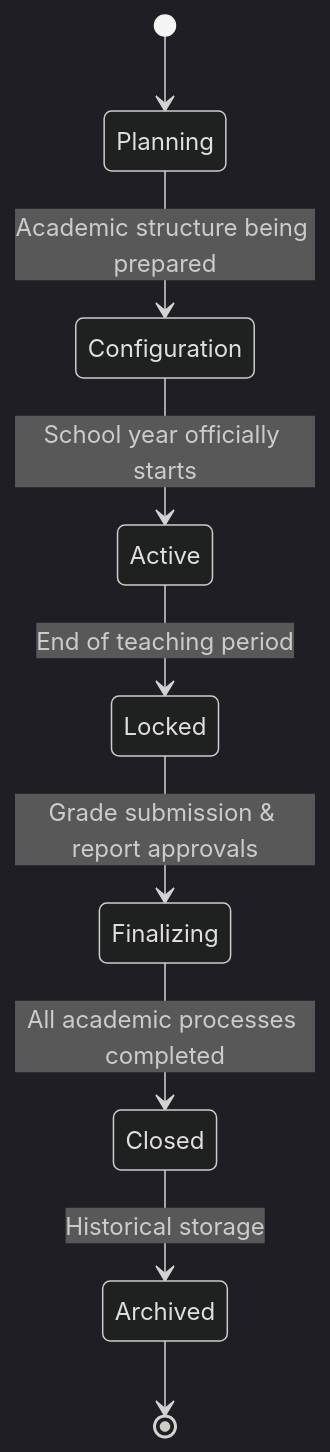
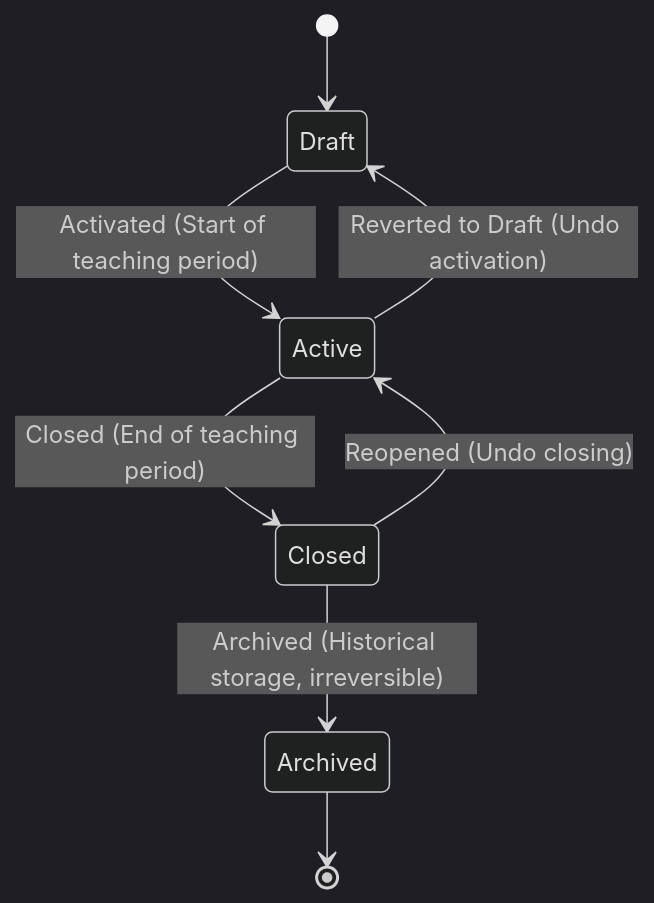
One commit to protocyber/akademiq changed the diagram in docs/internal/09_states/AcademiQ_State_Academic_Year_Lifecycle.md. Above: the diagram before and after it, drawn with Mermaid (dark theme). The commit also changed other lines of this file and 10 other files, not shown here.

First line of the commit message:
docs: add simplify-academic-year-status spec and update submodule pointers

````diff
--- a/docs/internal/09_states/AcademiQ_State_Academic_Year_Lifecycle.md
+++ b/docs/internal/09_states/AcademiQ_State_Academic_Year_Lifecycle.md
@@ -3,16 +3,15 @@
 ```mermaid
 stateDiagram-v2
 
-[*] --> Planning
+[*] --> Draft
 
-Planning --> Configuration : Academic structure being prepared
-Configuration --> Active : School year officially starts
+Draft --> Active : Activated (Start of teaching period)
+Active --> Draft : Reverted to Draft (Undo activation)
 
-Active --> Locked : End of teaching period
-Locked --> Finalizing : Grade submission & report approvals
+Active --> Closed : Closed (End of teaching period)
+Closed --> Active : Reopened (Undo closing)
 
-Finalizing --> Closed : All academic processes completed
-Closed --> Archived : Historical storage
+Closed --> Archived : Archived (Historical storage, irreversible)
 
 Archived --> [*]
 ```
````
